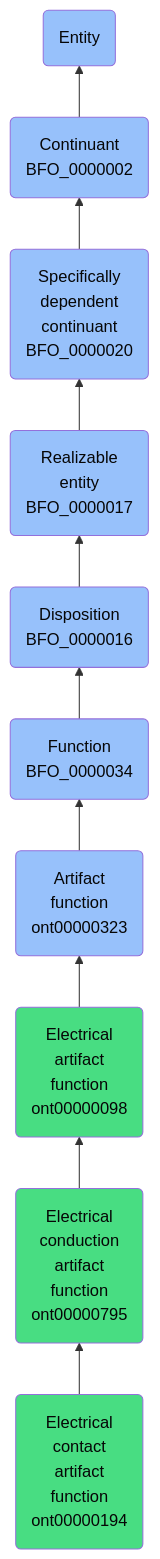
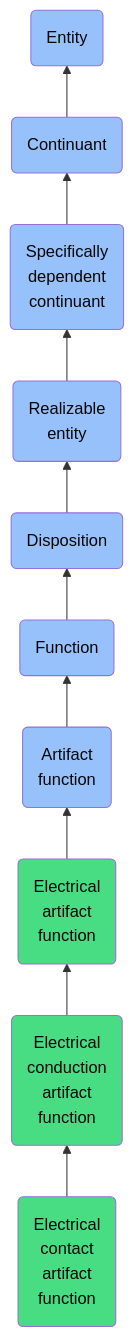
The diagram in docs/ontology/reference/model/Entity/Continuant/Specifically dependent continuant/Realizable entity/Disposition/Function/Artifact function/Electrical artifact function/Electrical conduction artifact function/Electrical contact artifact function/Electrical contact artifact function.md (jupyter-naas/abi), drawn with Mermaid before and after one commit. The commit also changed other lines of this file and 1430 other files, not shown here.

````diff
--- a/docs/ontology/reference/model/Entity/Continuant/Specifically dependent continuant/Realizable entity/Disposition/Function/Artifact function/Electrical artifact function/Electrical conduction artifact function/Electrical contact artifact function/Electrical contact artifact function.md
+++ b/docs/ontology/reference/model/Entity/Continuant/Specifically dependent continuant/Realizable entity/Disposition/Function/Artifact function/Electrical artifact function/Electrical conduction artifact function/Electrical contact artifact function/Electrical contact artifact function.md
@@ -24,17 +24,17 @@
 ```mermaid
 graph BT
-    ont00000194(Electrical<br>contact<br>artifact<br>function<br>ont00000194):::ABI-->ont00000795
-    ont00000795(Electrical<br>conduction<br>artifact<br>function<br>ont00000795):::ABI-->ont00000098
-    ont00000098(Electrical<br>artifact<br>function<br>ont00000098):::ABI-->ont00000323
-    ont00000323(Artifact<br>function<br>ont00000323):::BFO-->BFO_0000034
-    BFO_0000034(Function<br>BFO_0000034):::BFO-->BFO_0000016
-    BFO_0000016(Disposition<br>BFO_0000016):::BFO-->BFO_0000017
-    BFO_0000017(Realizable<br>entity<br>BFO_0000017):::BFO-->BFO_0000020
-    BFO_0000020(Specifically<br>dependent<br>continuant<br>BFO_0000020):::BFO-->BFO_0000002
-    BFO_0000002(Continuant<br>BFO_0000002):::BFO-->BFO_0000001
+    ont00000194(Electrical<br>contact<br>artifact<br>function):::ABI-->ont00000795
+    ont00000795(Electrical<br>conduction<br>artifact<br>function):::ABI-->ont00000098
+    ont00000098(Electrical<br>artifact<br>function):::ABI-->ont00000323
+    ont00000323(Artifact<br>function):::BFO-->BFO_0000034
+    BFO_0000034(Function):::BFO-->BFO_0000016
+    BFO_0000016(Disposition):::BFO-->BFO_0000017
+    BFO_0000017(Realizable<br>entity):::BFO-->BFO_0000020
+    BFO_0000020(Specifically<br>dependent<br>continuant):::BFO-->BFO_0000002
+    BFO_0000002(Continuant):::BFO-->BFO_0000001
     BFO_0000001(Entity):::BFO
     
     classDef BFO fill:#97c1fb,color:#060606
     classDef CCO fill:#e4c51e,color:#060606
     classDef ABI fill:#48DD82,color:#060606
 ```
````
